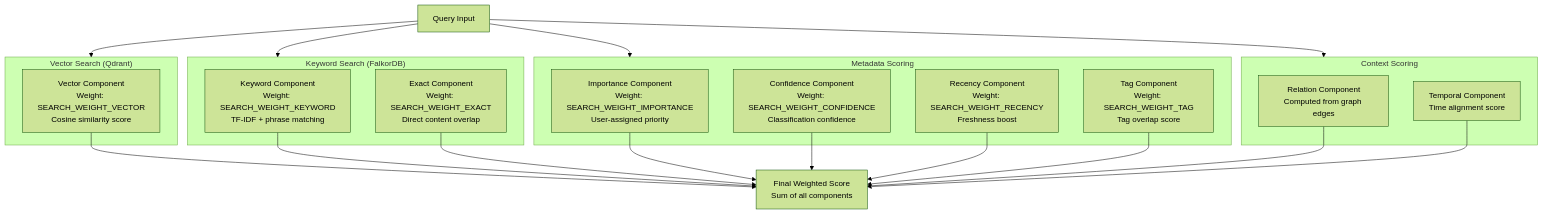
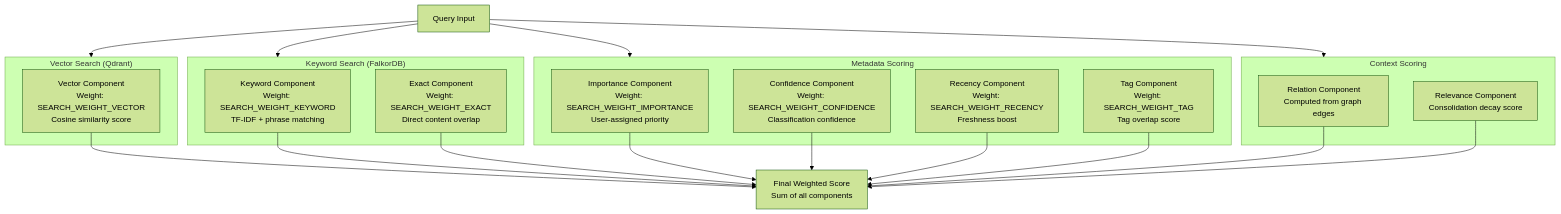
One commit to verygoodplugins/automem-website changed the second of 4 diagrams in src/content/docs/docs/reference/api/recall-operations.md. Above: the diagram before and after it, drawn with Mermaid (forest theme). The commit also changed other lines of this file, not shown here.

````diff
--- a/src/content/docs/docs/reference/api/recall-operations.md
+++ b/src/content/docs/docs/reference/api/recall-operations.md
@@ -155,42 +155,42 @@
 ```mermaid
 graph TB
     Query["Query Input"]
 
     subgraph VectorSearch["Vector Search (Qdrant)"]
         VectorComp["Vector Component<br/>Weight: SEARCH_WEIGHT_VECTOR<br/>Cosine similarity score"]
     end
 
     subgraph KeywordSearch["Keyword Search (FalkorDB)"]
         KeywordComp["Keyword Component<br/>Weight: SEARCH_WEIGHT_KEYWORD<br/>TF-IDF + phrase matching"]
         ExactComp["Exact Component<br/>Weight: SEARCH_WEIGHT_EXACT<br/>Direct content overlap"]
     end
 
     subgraph MetadataScoring["Metadata Scoring"]
         ImportanceComp["Importance Component<br/>Weight: SEARCH_WEIGHT_IMPORTANCE<br/>User-assigned priority"]
         ConfidenceComp["Confidence Component<br/>Weight: SEARCH_WEIGHT_CONFIDENCE<br/>Classification confidence"]
         RecencyComp["Recency Component<br/>Weight: SEARCH_WEIGHT_RECENCY<br/>Freshness boost"]
         TagComp["Tag Component<br/>Weight: SEARCH_WEIGHT_TAG<br/>Tag overlap score"]
     end
 
     subgraph ContextScoring["Context Scoring"]
         RelationComp["Relation Component<br/>Computed from graph edges"]
-        TemporalComp["Temporal Component<br/>Time alignment score"]
+        RelevanceComp["Relevance Component<br/>Consolidation decay score"]
     end
 
     FinalScore["Final Weighted Score<br/>Sum of all components"]
 
     Query --> VectorSearch
     Query --> KeywordSearch
     Query --> MetadataScoring
     Query --> ContextScoring
 
     VectorComp --> FinalScore
     KeywordComp --> FinalScore
     ExactComp --> FinalScore
     ImportanceComp --> FinalScore
     ConfidenceComp --> FinalScore
     RecencyComp --> FinalScore
     TagComp --> FinalScore
     RelationComp --> FinalScore
-    TemporalComp --> FinalScore
+    RelevanceComp --> FinalScore
 ```
````
